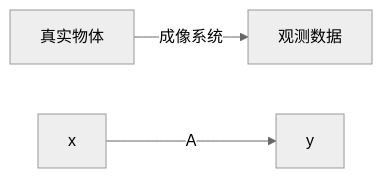
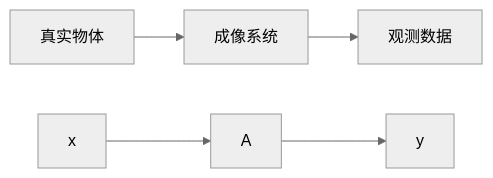
Before and after one commit to ln2a/IMAGE_ENGINEERING_ECNU: the diagram in resources/mineru/image-engineering_full/full.md, drawn with Mermaid (neutral theme). The commit also changed other lines of this file and 330 other files, not shown here.

````diff
--- a/resources/mineru/image-engineering_full/full.md
+++ b/resources/mineru/image-engineering_full/full.md
@@ -360,5 +342,7 @@
 ```mermaid
 graph LR
-  A["真实物体"] -->|成像系统| B["观测数据"]
-  C["x"] -->|A| D["y"]
+  A["真实物体"] --> B["成像系统"]
+  B --> C["观测数据"]
+  D["x"] --> E["A"]
+  E --> F["y"]
 ```
````
